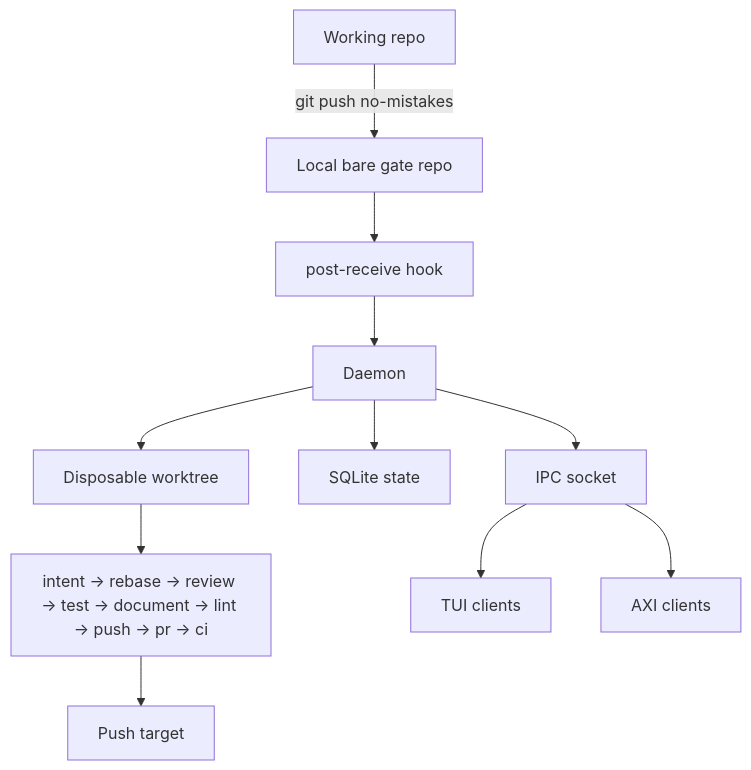
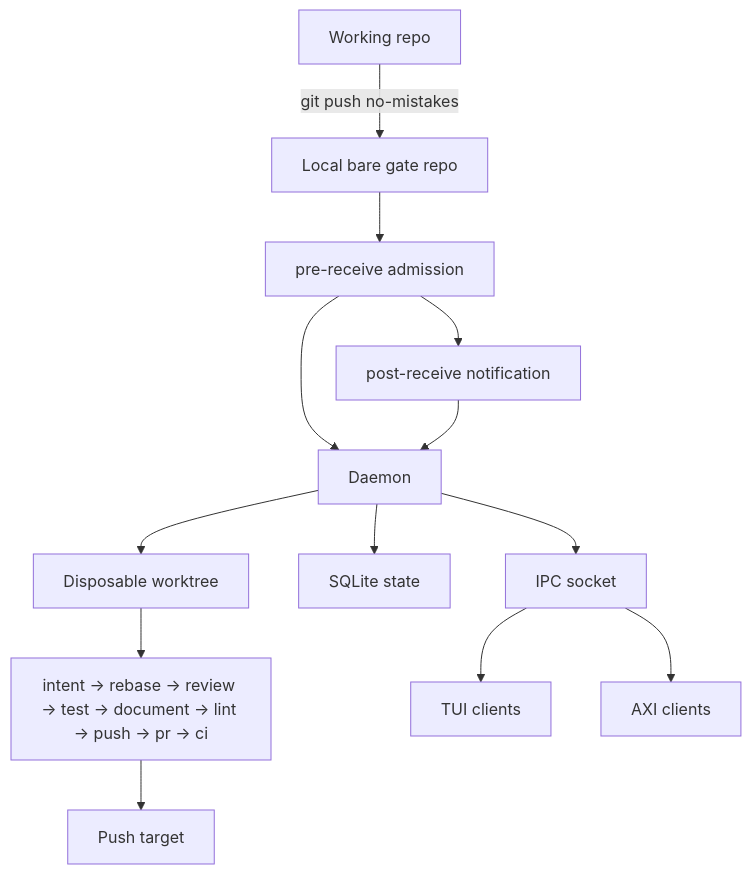
The diagram in docs/src/content/docs/concepts/gate-model.md (kunchenguid/no-mistakes), drawn with Mermaid before and after one commit. The commit also changed other lines of this file and 54 other files, not shown here.

````diff
--- a/docs/src/content/docs/concepts/gate-model.md
+++ b/docs/src/content/docs/concepts/gate-model.md
@@ -14,13 +14,15 @@
 ```mermaid
 flowchart TD
   repo["Working repo"] -->|"git push no-mistakes"| gate["Local bare gate repo"]
-  gate --> hook["post-receive hook"]
-  hook --> daemon["Daemon"]
+  gate --> admission["pre-receive admission"]
+  admission --> hook["post-receive notification"]
+  admission --> daemon["Daemon"]
+  hook --> daemon
   daemon --> worktree["Disposable worktree"]
   worktree --> pipeline["intent -> rebase -> review -> test -> document -> lint -> push -> pr -> ci"]
   pipeline --> target["Push target"]
   daemon --> db["SQLite state"]
   daemon --> ipc["IPC socket"]
   ipc --> tui["TUI clients"]
   ipc --> axi["AXI clients"]
 ```
````
